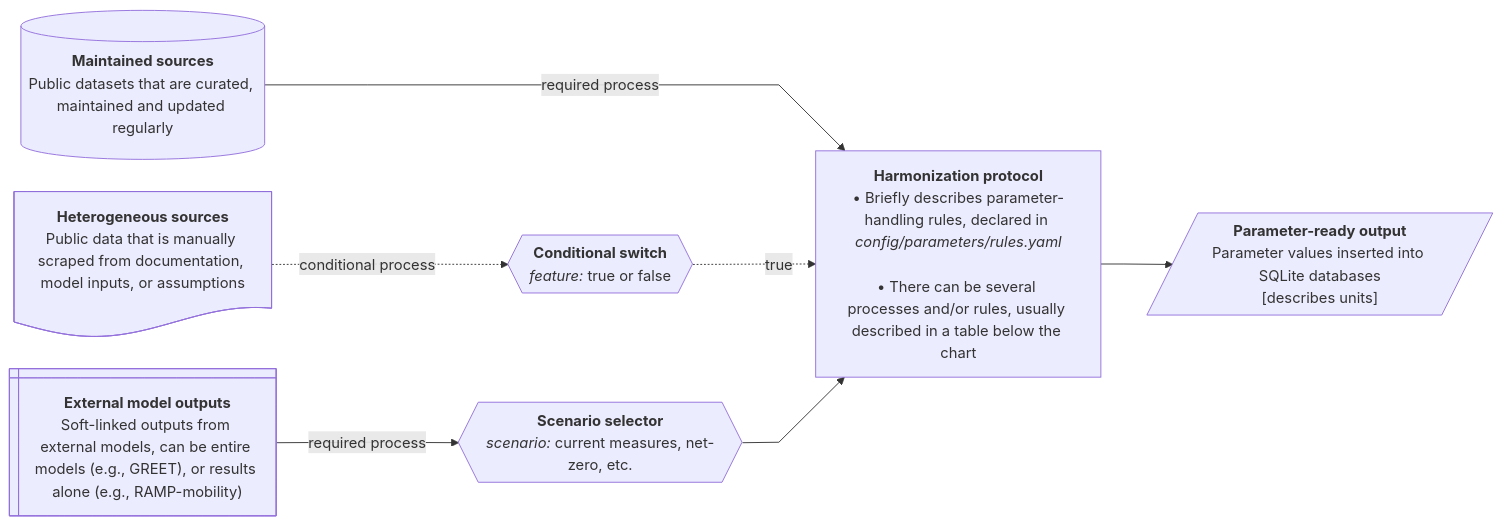
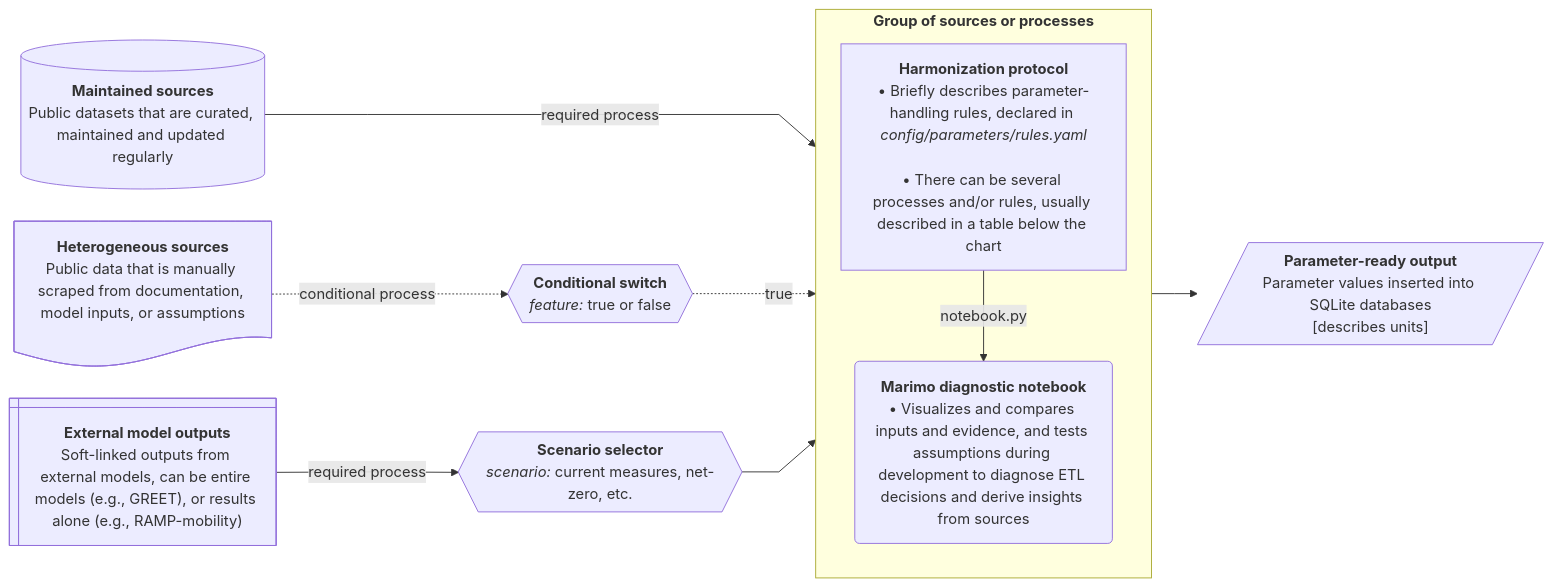
Before and after one commit to CANOE-main/canoe-transportation: the first of 12 diagrams in docs/etl_flowcharts.md, drawn with Mermaid. The commit also changed other lines of this file and 23 other files, not shown here.

First line of the commit message:
Finalize transportation architecture, lifetime diagnostics, and vehicle mappings

````diff
--- a/docs/etl_flowcharts.md
+++ b/docs/etl_flowcharts.md
@@ -26,27 +26,32 @@
 ```mermaid
 ---
 config:
   layout: dagre
   flowchart:
     nodeSpacing: 35
     rankSpacing: 50
     wrappingWidth: 250
     curve: linear
 ---
 flowchart LR
   %% --- Sources ---
   s0[("`**Maintained sources**<br>Public datasets that are curated, maintained and updated regularly`")]
   s1@{shape: doc, label: "**Heterogeneous sources**<br>Public data that is manually scraped from documentation, model inputs, or assumptions"}
   s2@{shape: win-pane, label: "**External model outputs**<br>Soft-linked outputs from external models, can be entire models (e.g., GREET), or results alone (e.g., RAMP-mobility)" }
 
   %% --- Processes ---
   p0@{shape: hex, label: "**Conditional switch**<br>*feature:* true or false"}
   p0_2@{shape: hex, label: "**Scenario selector**<br>*scenario:* current measures, net-zero, etc."}
-  p1["`**Harmonization protocol**<br>• Briefly describes parameter-handling rules, declared in *config/parameters/rules.yaml*<br><br>• There can be several processes and/or rules, usually described in a table below the chart`"]
+  subgraph process["`**Group of sources or processes**`"]
+  direction TB
+    p1["`**Harmonization protocol**<br>• Briefly describes parameter-handling rules, declared in *config/parameters/rules.yaml*<br><br>• There can be several processes and/or rules, usually described in a table below the chart`"]
+    p2("`**Marimo diagnostic notebook**<br>• Visualizes and compares inputs and evidence, and tests assumptions during development to diagnose ETL decisions and derive insights from sources`")
+    p1 -- notebook.py --> p2
+  end
 
-  s0 -- required process ---> p1
-  s1 -. conditional process .-> p0 -. true .-> p1
-  s2 -- required process --> p0_2 --> p1
+  s0 -- required process ---> process
+  s1 -. conditional process .-> p0 -. true .-> process
+  s2 -- required process --> p0_2 --> process
 
-  p1 --> o1[/"`**Parameter-ready output**<br>Parameter values inserted into SQLite databases<br>[describes units]`"/]
+  process --> o1[/"`**Parameter-ready output**<br>Parameter values inserted into SQLite databases<br>[describes units]`"/]
 ```
````
